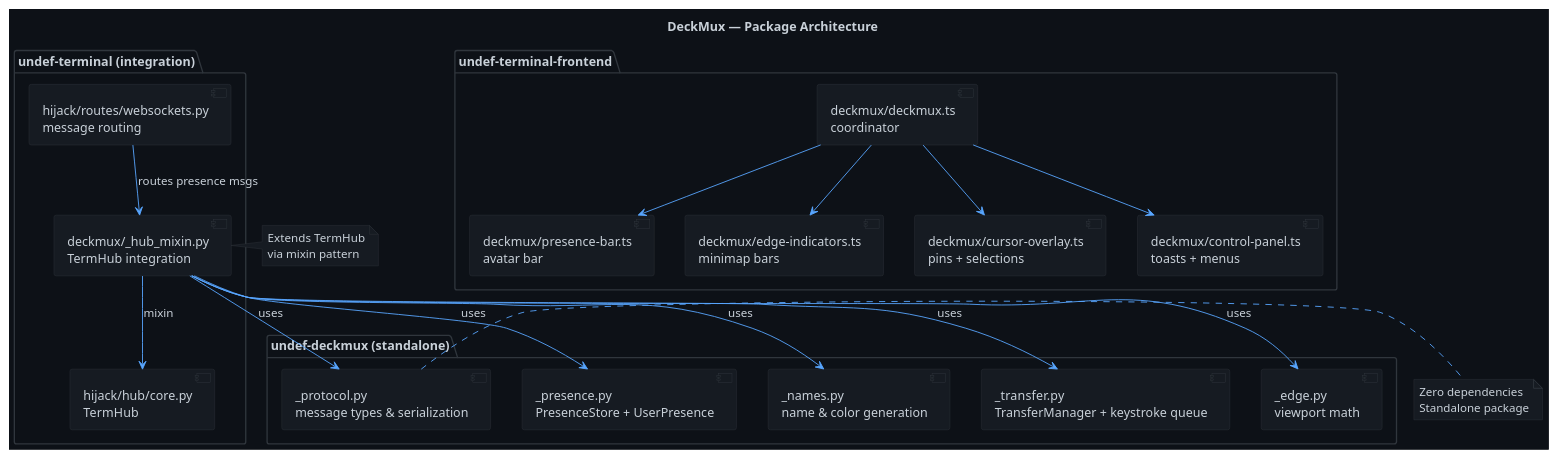
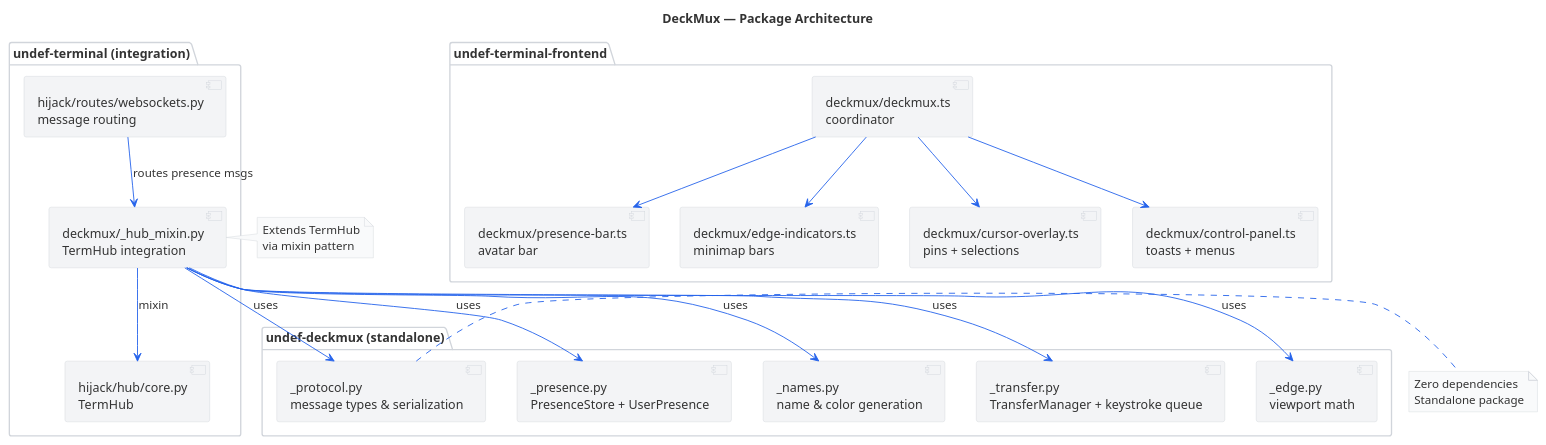
One commit to undef-games/undef-terminal changed the diagram in packages/undef-deckmux/docs/diagrams/architecture.puml. Above: the diagram before and after it, drawn with PlantUML. The commit also changed 37 other files, not shown here.

First line of the commit message:
feat(deckmux): TermHub integration, light theme diagrams, type safety

```diff
--- a/packages/undef-deckmux/docs/diagrams/architecture.puml
+++ b/packages/undef-deckmux/docs/diagrams/architecture.puml
@@ -4,52 +4,52 @@
 @startuml architecture
 title DeckMux — Package Architecture
 
-skinparam backgroundColor #0d1117
-skinparam defaultFontColor #c9d1d9
-skinparam componentBorderColor #30363d
-skinparam componentBackgroundColor #161b22
-skinparam packageBorderColor #30363d
-skinparam packageBackgroundColor #0d1117
-skinparam arrowColor #58a6ff
-skinparam noteBorderColor #30363d
-skinparam noteBackgroundColor #161b22
+skinparam backgroundColor #ffffff
+skinparam defaultFontColor #333333
+skinparam componentBorderColor #d1d5db
+skinparam componentBackgroundColor #f3f4f6
+skinparam packageBorderColor #d1d5db
+skinparam packageBackgroundColor #ffffff
+skinparam arrowColor #2563eb
+skinparam noteBorderColor #d1d5db
+skinparam noteBackgroundColor #f9fafb
 
 package "undef-deckmux (standalone)" {
   [_protocol.py\nmessage types & serialization] as PROTO
   [_presence.py\nPresenceStore + UserPresence] as PRESENCE
   [_names.py\nname & color generation] as NAMES
   [_transfer.py\nTransferManager + keystroke queue] as XFER
   [_edge.py\nviewport math] as EDGE
 }
 
 package "undef-terminal (integration)" {
   [deckmux/_hub_mixin.py\nTermHub integration] as MIX
   [hijack/hub/core.py\nTermHub] as HUB
   [hijack/routes/websockets.py\nmessage routing] as WS
 }
 
 package "undef-terminal-frontend" {
   [deckmux/deckmux.ts\ncoordinator] as COORD
   [deckmux/presence-bar.ts\navatar bar] as BAR
   [deckmux/edge-indicators.ts\nminimap bars] as EDGE_UI
   [deckmux/cursor-overlay.ts\npins + selections] as CURSOR
   [deckmux/control-panel.ts\ntoasts + menus] as CTRL
 }
 
 MIX --> PROTO : uses
 MIX --> PRESENCE : uses
 MIX --> NAMES : uses
 MIX --> XFER : uses
 MIX --> EDGE : uses
 MIX --> HUB : mixin
 WS --> MIX : routes presence msgs
 
 COORD --> BAR
 COORD --> EDGE_UI
 COORD --> CURSOR
 COORD --> CTRL
 
 note right of PROTO : Zero dependencies\nStandalone package
 note right of MIX : Extends TermHub\nvia mixin pattern
 
 @enduml
```
